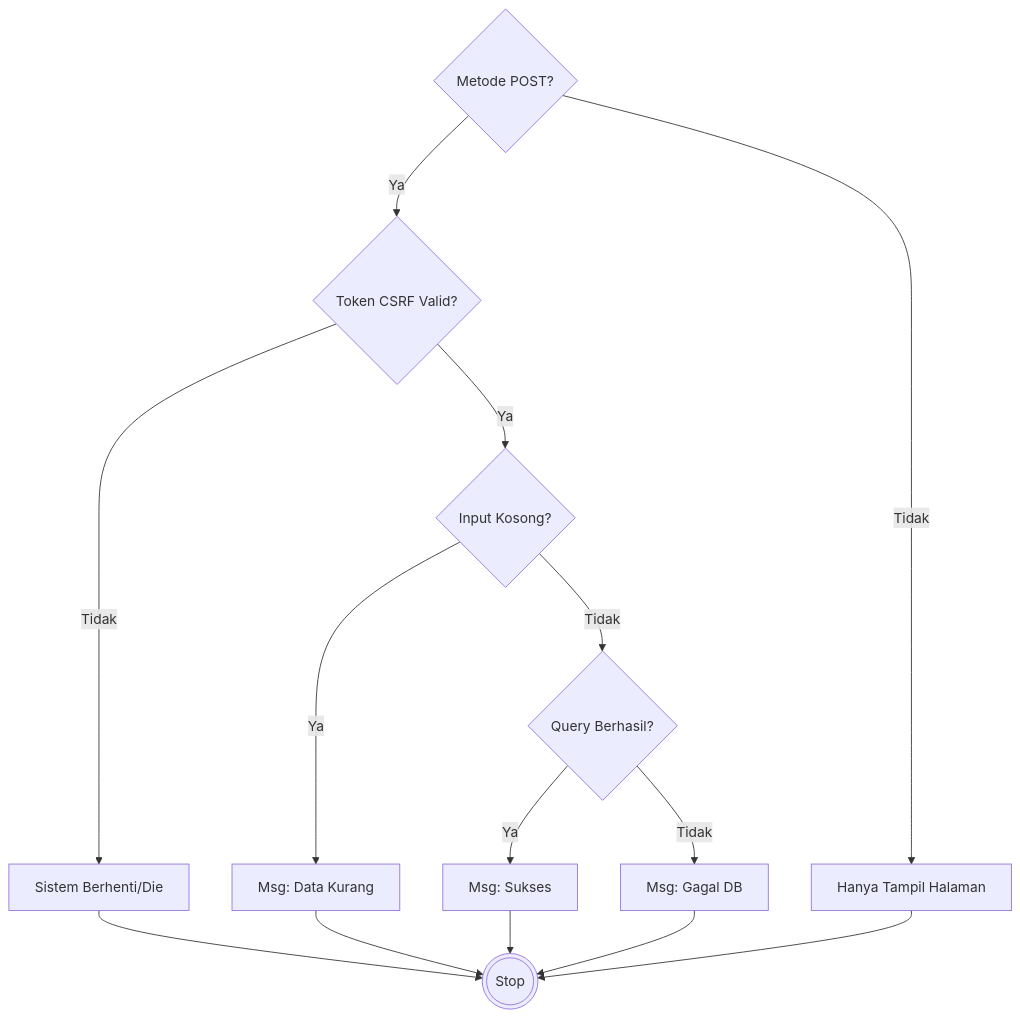
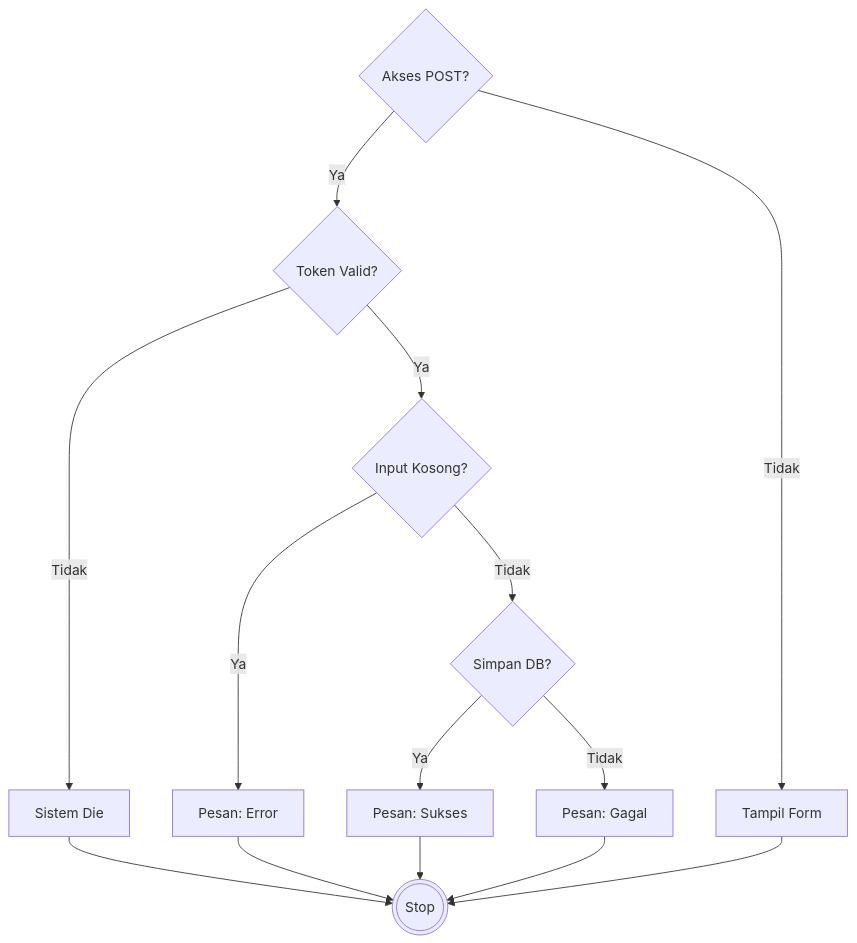
The third of 6 diagrams in docs/07_PENGUJIAN_WHITE_BOX.md (arbain-dev/Web_fikom), drawn with Mermaid before and after one commit. The commit also changed other lines of this file, not shown here.

````diff
--- a/docs/07_PENGUJIAN_WHITE_BOX.md
+++ b/docs/07_PENGUJIAN_WHITE_BOX.md
@@ -113,20 +142,20 @@
 ```mermaid
 flowchart TD
-    1{Metode POST?} -->|Ya| 2{Token CSRF Valid?}
-    1 -->|Tidak| 9[Hanya Tampil Halaman]
+    1{Akses POST?} -->|Ya| 2{Token Valid?}
+    1 -->|Tidak| 9[Tampil Form]
     
-    2 -->|Tidak| 3[Sistem Berhenti/Die]
+    2 -->|Tidak| 3[Sistem Die]
     2 -->|Ya| 4{Input Kosong?}
     
-    4 -->|Ya| 5[Msg: Data Kurang]
-    4 -->|Tidak| 6{Query Berhasil?}
+    4 -->|Ya| 5[Pesan: Error]
+    4 -->|Tidak| 6{Simpan DB?}
     
-    6 -->|Ya| 7[Msg: Sukses]
-    6 -->|Tidak| 8[Msg: Gagal DB]
+    6 -->|Ya| 7[Pesan: Sukses]
+    6 -->|Tidak| 8[Pesan: Gagal]
     
     3 --> 10(((Stop)))
     5 --> 10
     7 --> 10
     8 --> 10
     9 --> 10
 ```
````
